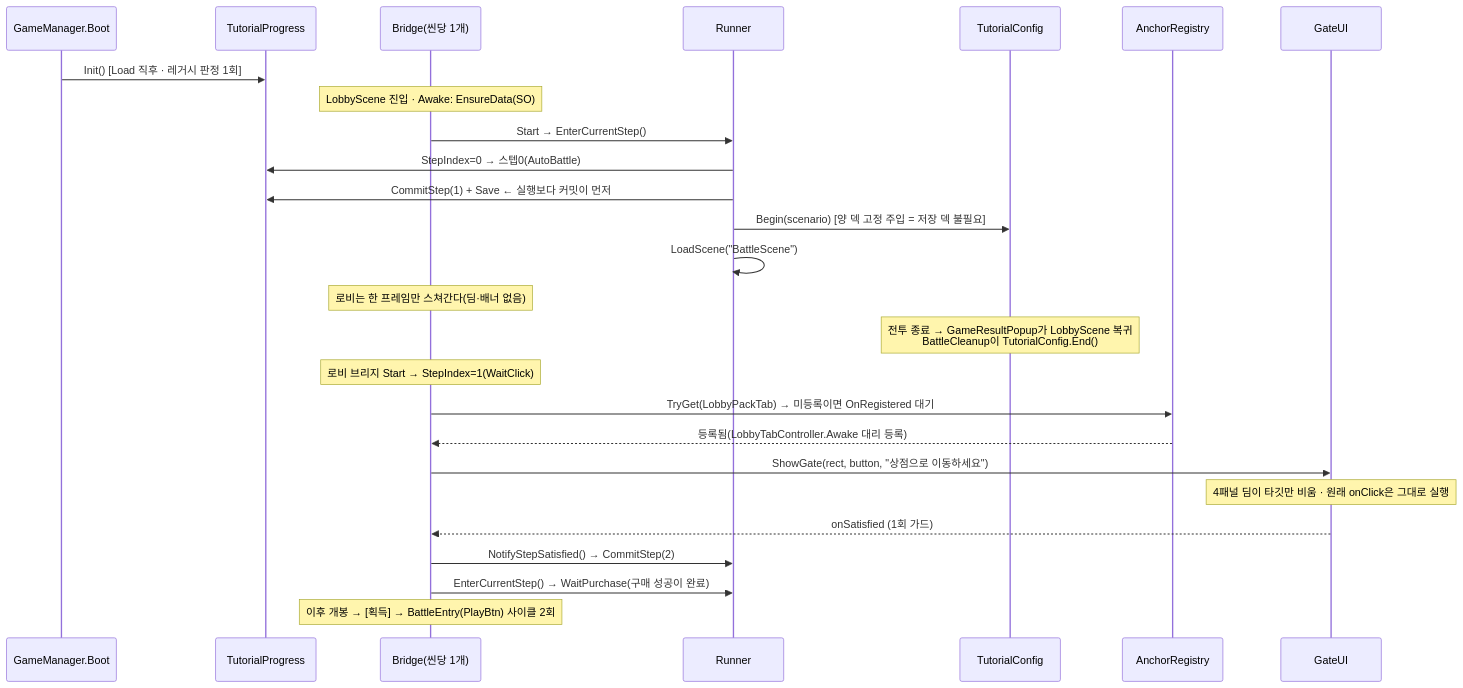
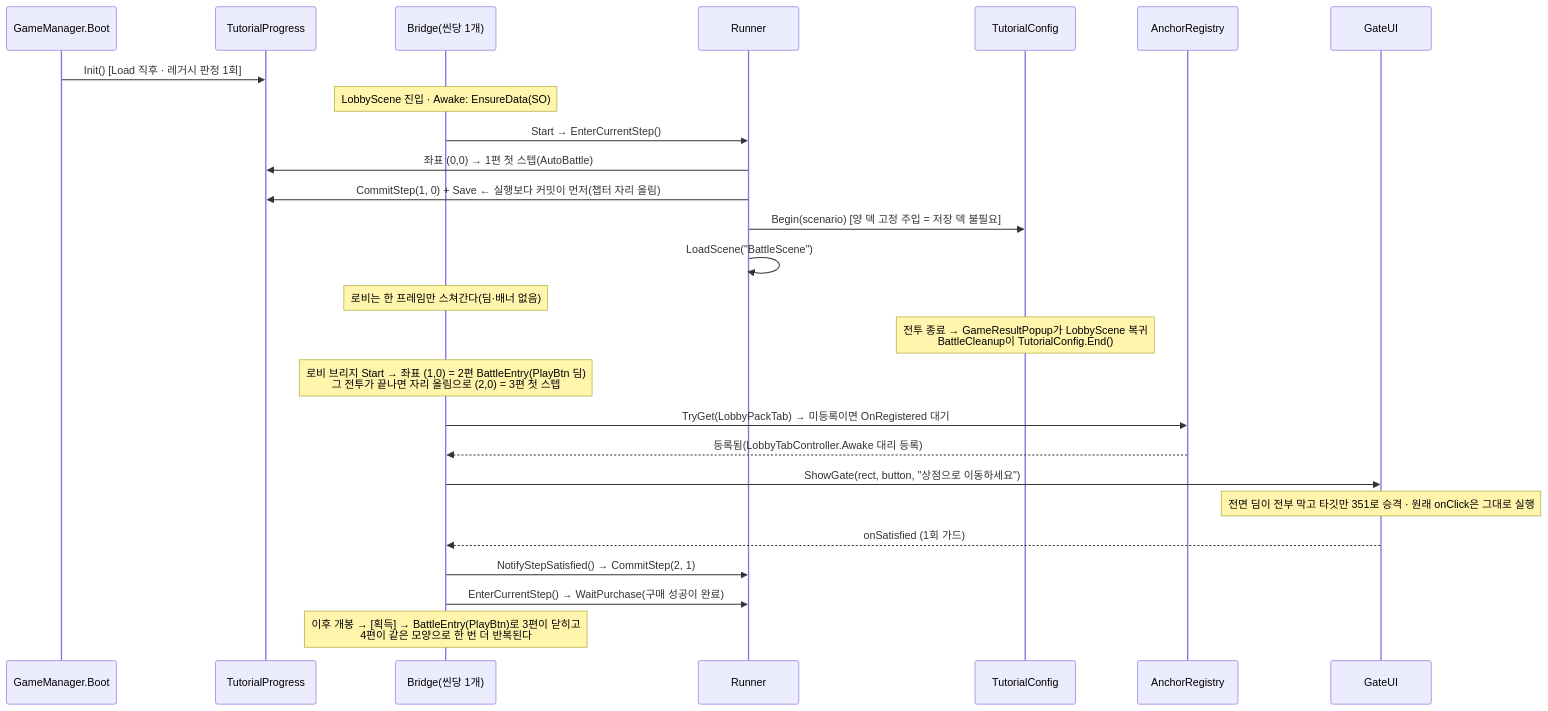
Diagram 15 of 18 in docs/OutGamePlan/STRUCTURE.md (hspark-maker/TeamfightTCG_Migriation), drawn with Mermaid before and after one commit. The commit also changed other lines of this file and 22 other files, not shown here.

````diff
--- a/docs/OutGamePlan/STRUCTURE.md
+++ b/docs/OutGamePlan/STRUCTURE.md
@@ -738,30 +744,30 @@
 ```mermaid
 sequenceDiagram
     participant GM as GameManager.Boot
     participant PRG as TutorialProgress
     participant BRG as Bridge(씬당 1개)
     participant RUN as Runner
     participant TUT as TutorialConfig
     participant REG as AnchorRegistry
     participant GATE as GateUI
 
     GM->>PRG: Init() [Load 직후 · 레거시 판정 1회]
     Note over BRG: LobbyScene 진입 · Awake: EnsureData(SO)
     BRG->>RUN: Start → EnterCurrentStep()
-    RUN->>PRG: StepIndex=0 → 스텝0(AutoBattle)
-    RUN->>PRG: CommitStep(1) + Save  ← 실행보다 커밋이 먼저
+    RUN->>PRG: 좌표 (0,0) → 1편 첫 스텝(AutoBattle)
+    RUN->>PRG: CommitStep(1, 0) + Save  ← 실행보다 커밋이 먼저(챕터 자리 올림)
     RUN->>TUT: Begin(scenario) [양 덱 고정 주입 = 저장 덱 불필요]
     RUN->>RUN: LoadScene("BattleScene")
     Note over BRG: 로비는 한 프레임만 스쳐간다(딤·배너 없음)
     Note over TUT: 전투 종료 → GameResultPopup가 LobbyScene 복귀<br/>BattleCleanup이 TutorialConfig.End()
 
-    Note over BRG: 로비 브리지 Start → StepIndex=1(WaitClick)
+    Note over BRG: 로비 브리지 Start → 좌표 (1,0) = 2편 BattleEntry(PlayBtn 딤)<br/>그 전투가 끝나면 자리 올림으로 (2,0) = 3편 첫 스텝
     BRG->>REG: TryGet(LobbyPackTab) → 미등록이면 OnRegistered 대기
     REG-->>BRG: 등록됨(LobbyTabController.Awake 대리 등록)
     BRG->>GATE: ShowGate(rect, button, "상점으로 이동하세요")
-    Note over GATE: 4패널 딤이 타깃만 비움 · 원래 onClick은 그대로 실행
+    Note over GATE: 전면 딤이 전부 막고 타깃만 351로 승격 · 원래 onClick은 그대로 실행
     GATE-->>BRG: onSatisfied (1회 가드)
-    BRG->>RUN: NotifyStepSatisfied() → CommitStep(2)
+    BRG->>RUN: NotifyStepSatisfied() → CommitStep(2, 1)
     BRG->>RUN: EnterCurrentStep() → WaitPurchase(구매 성공이 완료)
-    Note over BRG: 이후 개봉 → [획득] → BattleEntry(PlayBtn) 사이클 2회
+    Note over BRG: 이후 개봉 → [획득] → BattleEntry(PlayBtn)로 3편이 닫히고<br/>4편이 같은 모양으로 한 번 더 반복된다
 ```
````
